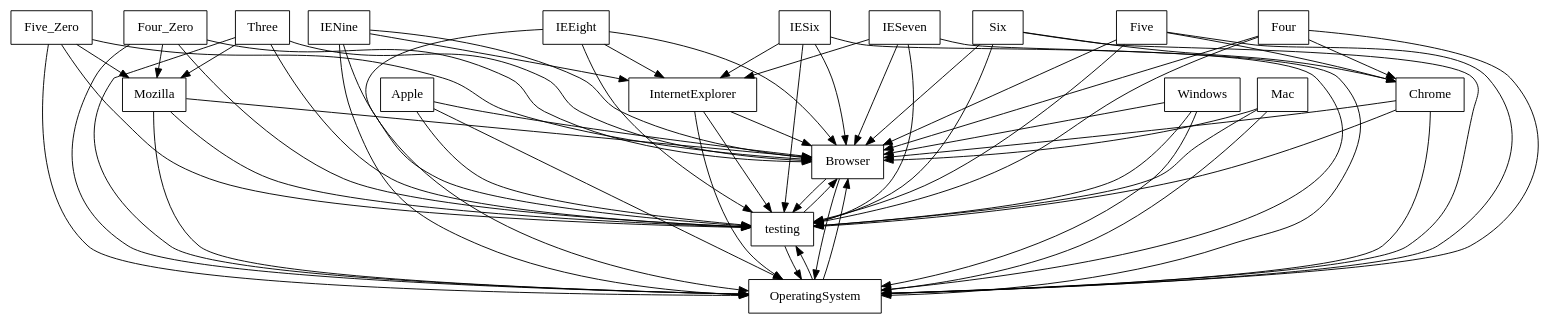
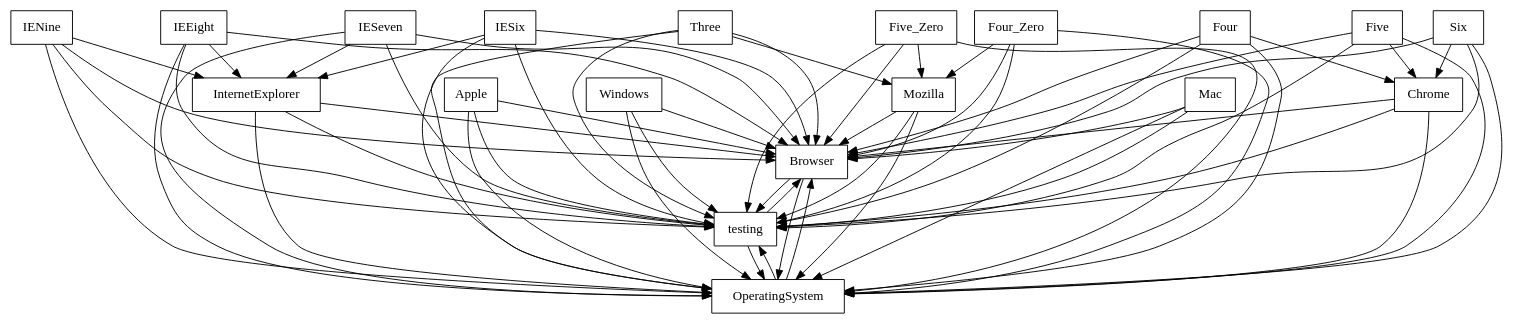
Before and after one commit to FAMILIAR-project/familiar-language: the diagram in FAMILIAR/output/SPLOT-big/fm_177_model_20120710_919309758.xml.dot, drawn with Graphviz. The commit also changed 44 other files, not shown here.

```diff
--- a/FAMILIAR/output/SPLOT-big/fm_177_model_20120710_919309758.xml.dot
+++ b/FAMILIAR/output/SPLOT-big/fm_177_model_20120710_919309758.xml.dot
@@ -1,88 +1,88 @@
 digraph{
 graph [rankdir=TB];
 node [shape=box];
 edge [arrowhead=normal];
 0[label="IENine",]
 1[label="IEEight",]
 2[label="Apple",]
 3[label="InternetExplorer",]
 4[label="Three",]
 5[label="Chrome",]
-6[label="Four",]
-7[label="IESeven",]
+6[label="IESeven",]
+7[label="Four",]
 8[label="Windows",]
 9[label="Browser",]
 10[label="Six",]
 11[label="Mac",]
 12[label="Five_Zero",]
 13[label="Mozilla",]
 14[label="IESix",]
 15[label="testing",]
-16[label="Five",]
-17[label="Four_Zero",]
+16[label="Four_Zero",]
+17[label="Five",]
 18[label="OperatingSystem",]
 0->3[label="",]
 0->9[label="",]
 0->15[label="",]
 0->18[label="",]
 1->3[label="",]
 1->9[label="",]
 1->15[label="",]
 1->18[label="",]
 2->9[label="",]
 2->15[label="",]
 2->18[label="",]
 3->9[label="",]
 3->15[label="",]
 3->18[label="",]
 4->9[label="",]
 4->13[label="",]
 4->15[label="",]
 4->18[label="",]
 5->9[label="",]
 5->15[label="",]
 5->18[label="",]
-6->5[label="",]
+6->3[label="",]
 6->9[label="",]
 6->15[label="",]
 6->18[label="",]
-7->3[label="",]
+7->5[label="",]
 7->9[label="",]
 7->15[label="",]
 7->18[label="",]
 8->9[label="",]
 8->15[label="",]
 8->18[label="",]
 9->15[label="",]
 9->18[label="",]
 10->5[label="",]
 10->9[label="",]
 10->15[label="",]
 10->18[label="",]
 11->9[label="",]
 11->15[label="",]
 11->18[label="",]
 12->9[label="",]
 12->13[label="",]
 12->15[label="",]
 12->18[label="",]
 13->9[label="",]
 13->15[label="",]
 13->18[label="",]
 14->3[label="",]
 14->9[label="",]
 14->15[label="",]
 14->18[label="",]
 15->9[label="",]
 15->18[label="",]
-16->5[label="",]
 16->9[label="",]
+16->13[label="",]
 16->15[label="",]
 16->18[label="",]
+17->5[label="",]
 17->9[label="",]
-17->13[label="",]
 17->15[label="",]
 17->18[label="",]
 18->9[label="",]
 18->15[label="",]
 }
```
